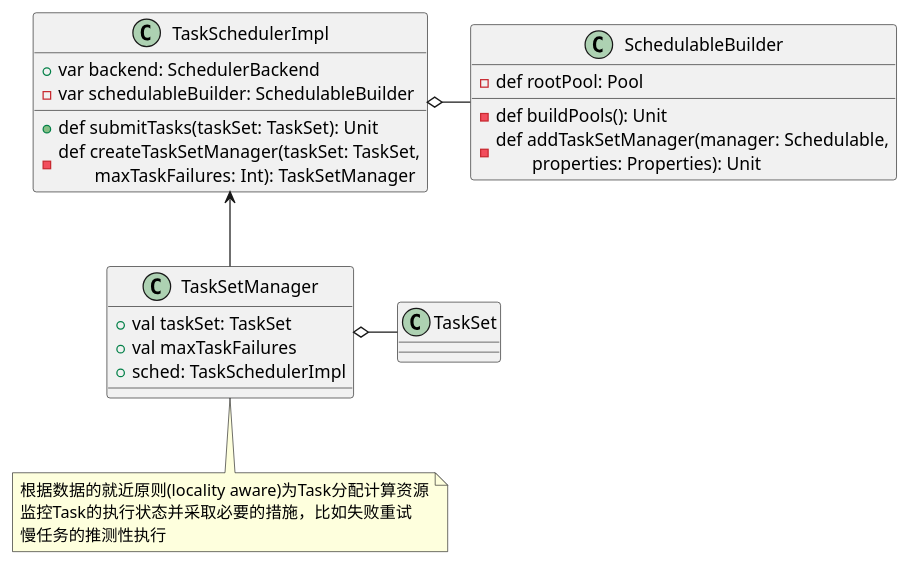
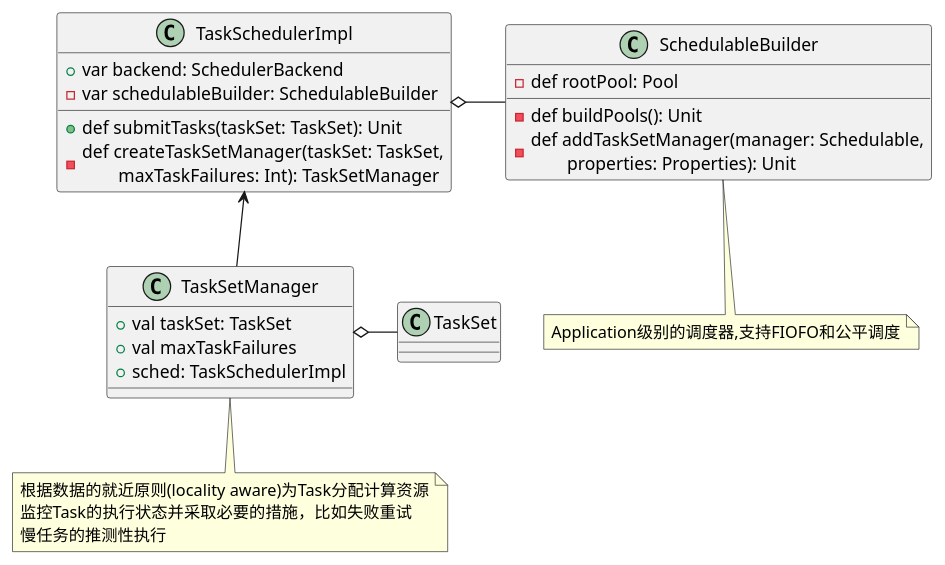
One commit to DepInjoy/geektime changed the seventh of 8 diagrams in doc/DB/00_Spark/SourceRead/01_00_Scheduler.md. Above: the diagram before and after it, drawn with PlantUML. The commit also changed other lines of this file and 2 other files, not shown here.

````diff
--- a/doc/DB/00_Spark/SourceRead/01_00_Scheduler.md
+++ b/doc/DB/00_Spark/SourceRead/01_00_Scheduler.md
@@ -923,28 +937,29 @@
 ```plantuml
 @startuml
 class TaskSchedulerImpl {
   + var backend: SchedulerBackend
   - var schedulableBuilder: SchedulableBuilder
 
   + def submitTasks(taskSet: TaskSet): Unit
   - def createTaskSetManager(taskSet: TaskSet,\n\tmaxTaskFailures: Int): TaskSetManager
 }
 
 class SchedulableBuilder {
   - def rootPool: Pool
   - def buildPools(): Unit
   - def addTaskSetManager(manager: Schedulable,\n\tproperties: Properties): Unit
 }
+note bottom : Application级别的调度器,支持FIOFO和公平调度
 
 class TaskSetManager {
   + val taskSet: TaskSet
   + val maxTaskFailures
   + sched: TaskSchedulerImpl
 }
 note bottom : 根据数据的就近原则(locality aware)为Task分配计算资源\n监控Task的执行状态并采取必要的措施，比如失败重试\n慢任务的推测性执行
 
 SchedulableBuilder -left-o TaskSchedulerImpl
 TaskSetManager -up-> TaskSchedulerImpl
 TaskSet -left-o TaskSetManager
 @enduml
 ```
````
